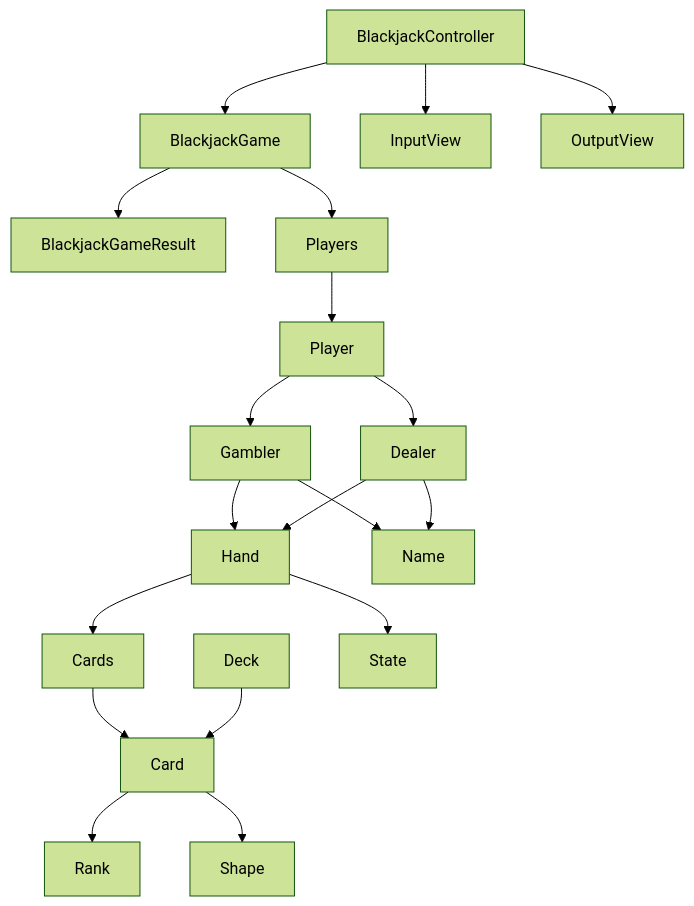
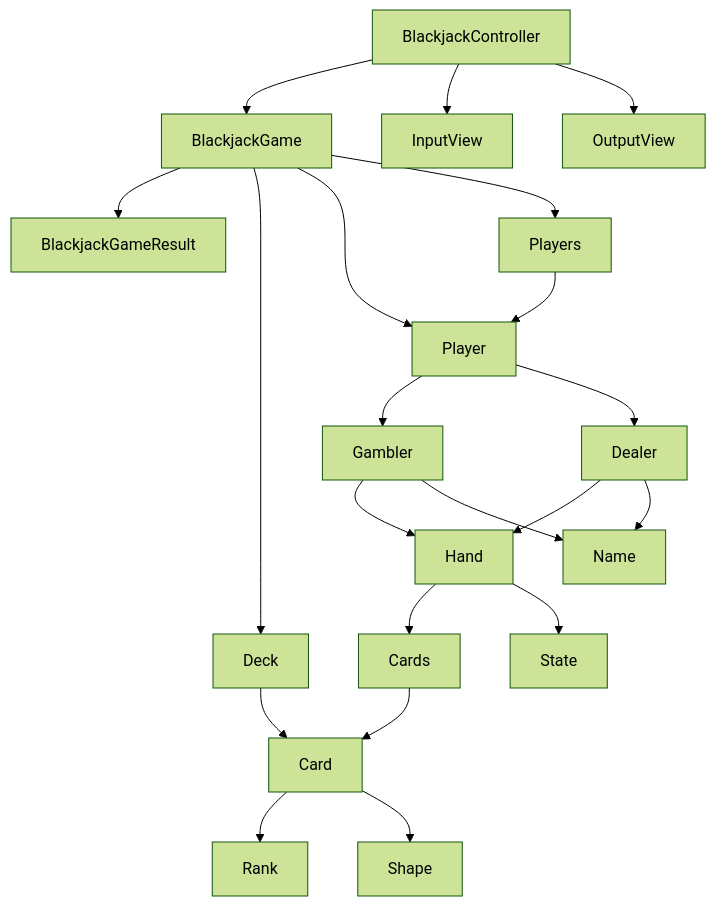
The diagram in README.md (woowacourse/java-blackjack), drawn with Mermaid (forest theme) before and after one commit. The commit also changed other lines of this file, not shown here.

````diff
--- a/README.md
+++ b/README.md
@@ -11,27 +11,29 @@
 ```mermaid
 flowchart
     Card --> Rank
     Card --> Shape
 
     Cards --> Card
 
     Deck --> Card
 
     BlackjackGame --> BlackjackGameResult
+    BlackjackGame --> Deck
+    BlackjackGame --> Player
 
     BlackjackController --> BlackjackGame
     BlackjackController --> InputView
     BlackjackController --> OutputView
 
     Players --> Player
     Player --> Gambler --> Hand
     Player --> Dealer --> Hand
 
     Hand --> Cards
     Hand --> State
 
     Gambler --> Name
     Dealer --> Name
 
     BlackjackGame --> Players
 ```
````
